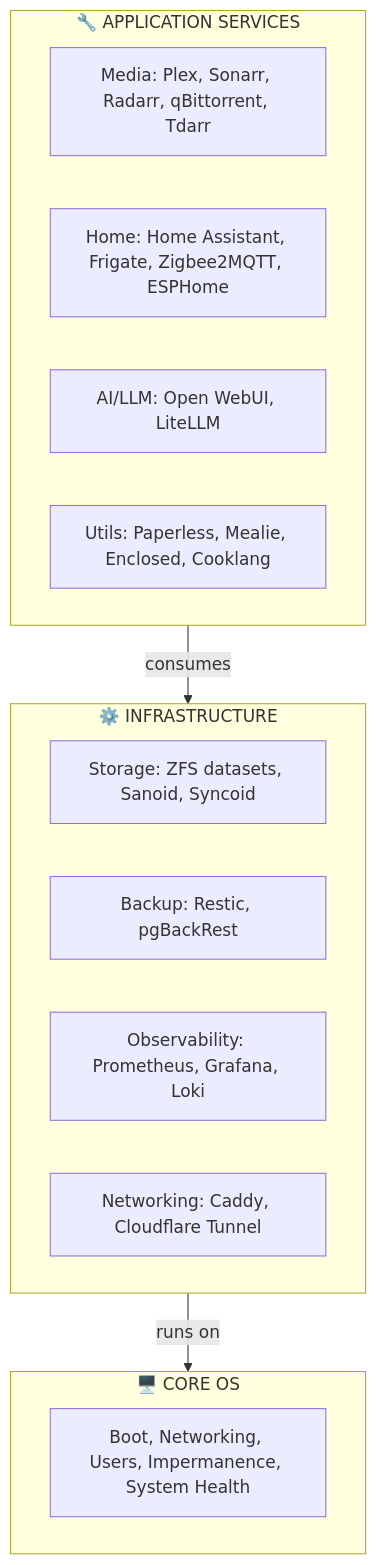
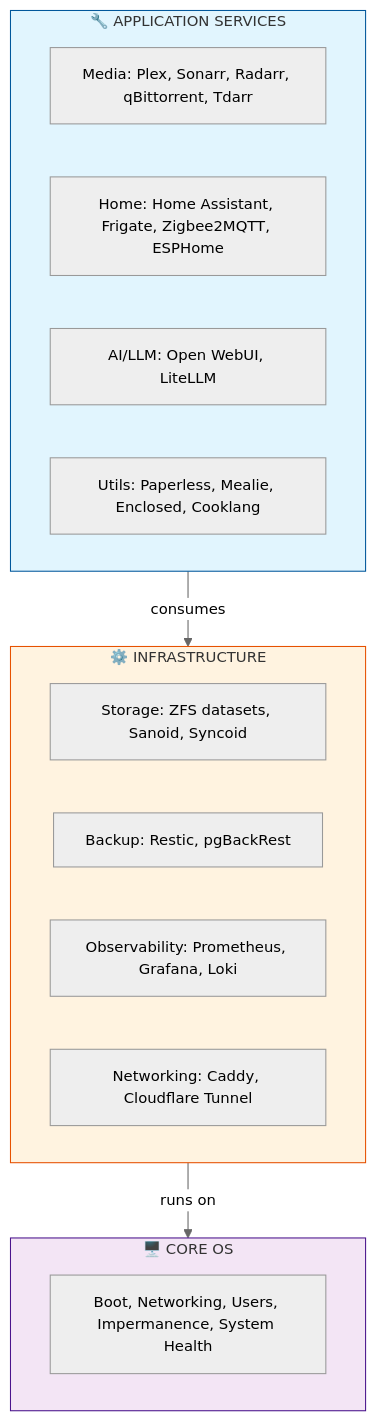
One commit to carpenike/nix-config changed the first of 2 diagrams in README.md. Above: the diagram before and after it, drawn with Mermaid. The commit also changed other lines of this file, not shown here.

Commit message:
docs: enhance README with mermaid flowcharts for improved architectural clarity

````diff
--- a/README.md
+++ b/README.md
@@ -73,26 +73,34 @@
 ```mermaid
+%%{init: {'theme': 'neutral', 'themeVariables': { 'fontSize': '14px' }}}%%
 flowchart TB
     subgraph Services["🔧 APPLICATION SERVICES"]
         direction LR
         Media["Media: Plex, Sonarr, Radarr, qBittorrent, Tdarr"]
         Home["Home: Home Assistant, Frigate, Zigbee2MQTT, ESPHome"]
         AI["AI/LLM: Open WebUI, LiteLLM"]
         Utils["Utils: Paperless, Mealie, Enclosed, Cooklang"]
     end
 
     subgraph Infra["⚙️ INFRASTRUCTURE"]
         direction LR
         Storage["Storage: ZFS datasets, Sanoid, Syncoid"]
         Backup["Backup: Restic, pgBackRest"]
         Obs["Observability: Prometheus, Grafana, Loki"]
         Net["Networking: Caddy, Cloudflare Tunnel"]
     end
 
     subgraph Core["🖥️ CORE OS"]
         direction LR
         CoreItems["Boot, Networking, Users, Impermanence, System Health"]
     end
 
     Services -->|consumes| Infra
     Infra -->|runs on| Core
+
+    classDef services fill:#e1f5fe,stroke:#01579b
+    classDef infra fill:#fff3e0,stroke:#e65100
+    classDef core fill:#f3e5f5,stroke:#4a148c
+    class Services services
+    class Infra infra
+    class Core core
 ```
````
